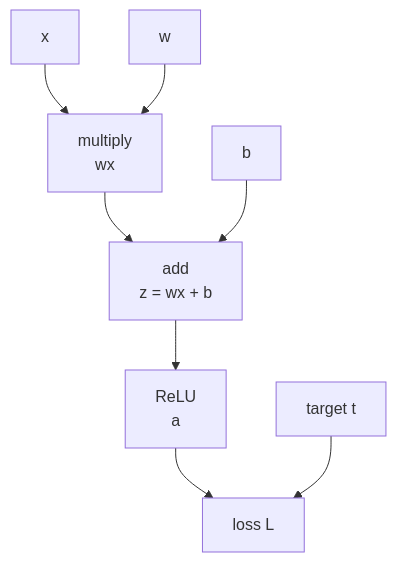
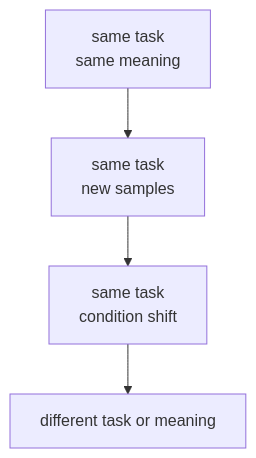
One commit to devchan64/AiBook changed the first of 2 diagrams in docs/parts/part-04/chapter-05/section-02.md. Above: the diagram before and after it, drawn with Mermaid. The commit also changed other lines of this file and 213 other files, not shown here.

````diff
--- a/docs/parts/part-04/chapter-05/section-02.md
+++ b/docs/parts/part-04/chapter-05/section-02.md
@@ -102,19 +120,11 @@
 ```mermaid
-flowchart TD
-  X["x"]
-  W["w"]
-  M["multiply<br/>wx"]
-  B["b"]
-  Z["add<br/>z = wx + b"]
-  A["ReLU<br/>a"]
-  T["target t"]
-  L["loss L"]
+flowchart TB
+  A["same task<br/>same meaning"]
+  B["same task<br/>new samples"]
+  C["same task<br/>condition shift"]
+  D["different task or meaning"]
 
-  X --> M
-  W --> M
-  M --> Z
-  B --> Z
-  Z --> A
-  A --> L
-  T --> L
+  A --> B
+  B --> C
+  C --> D
 ```
````
